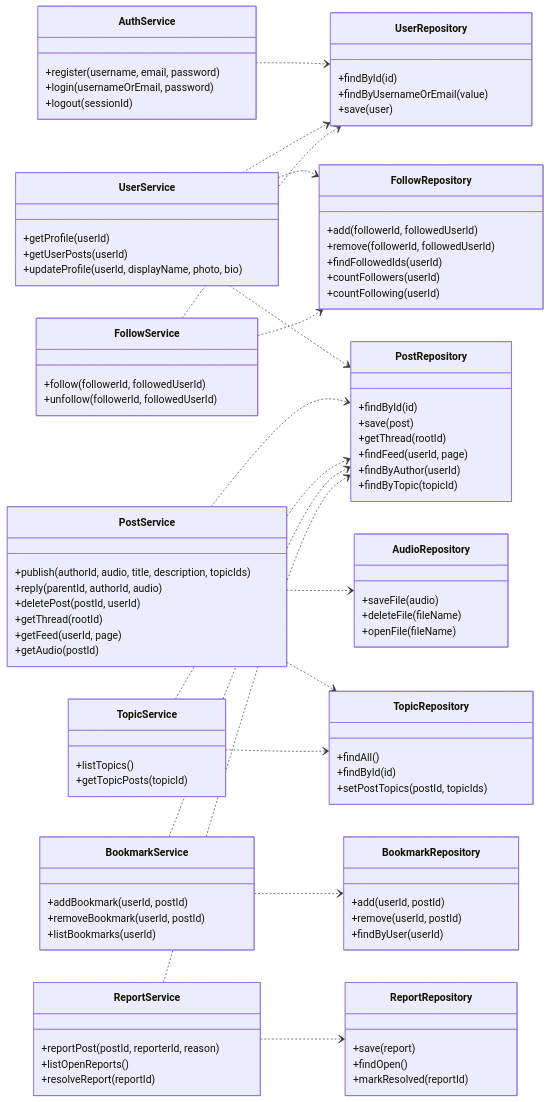
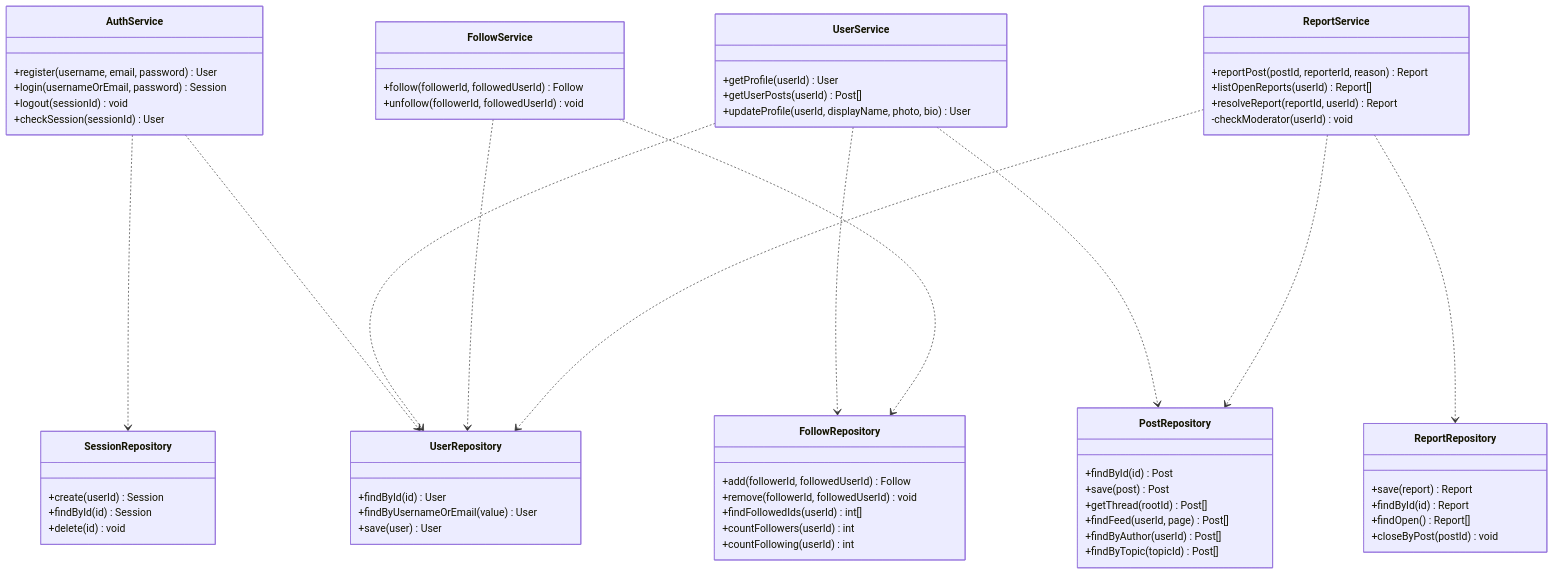
One commit to alafwaj/VoiceThread changed the third of 4 diagrams in docs/uml/class.md. Above: the diagram before and after it, drawn with Mermaid. The commit also changed other lines of this file and 1 other file, not shown here.

First line of the commit message:
docs(uml): answer the review of the class diagram

````diff
--- a/docs/uml/class.md
+++ b/docs/uml/class.md
@@ -175,110 +179,70 @@
 ```mermaid
+%%{init: {"flowchart": {"rankSpacing": 420, "nodeSpacing": 140}}}%%
 classDiagram
-    direction LR
+    direction TB
 
     class AuthService {
-        +register(username, email, password)
-        +login(usernameOrEmail, password)
-        +logout(sessionId)
+        +register(username, email, password) User
+        +login(usernameOrEmail, password) Session
+        +logout(sessionId) void
+        +checkSession(sessionId) User
+    }
+    class UserService {
+        +getProfile(userId) User
+        +getUserPosts(userId) Post[]
+        +updateProfile(userId, displayName, photo, bio) User
+    }
+    class FollowService {
+        +follow(followerId, followedUserId) Follow
+        +unfollow(followerId, followedUserId) void
+    }
+    class ReportService {
+        +reportPost(postId, reporterId, reason) Report
+        +listOpenReports(userId) Report[]
+        +resolveReport(reportId, userId) Report
+        -checkModerator(userId) void
     }
 
-    class UserService {
-        +getProfile(userId)
-        +getUserPosts(userId)
-        +updateProfile(userId, displayName, photo, bio)
+    class SessionRepository {
+        +create(userId) Session
+        +findById(id) Session
+        +delete(id) void
+    }
+    class UserRepository {
+        +findById(id) User
+        +findByUsernameOrEmail(value) User
+        +save(user) User
+    }
+    class FollowRepository {
+        +add(followerId, followedUserId) Follow
+        +remove(followerId, followedUserId) void
+        +findFollowedIds(userId) int[]
+        +countFollowers(userId) int
+        +countFollowing(userId) int
+    }
+    class ReportRepository {
+        +save(report) Report
+        +findById(id) Report
+        +findOpen() Report[]
+        +closeByPost(postId) void
+    }
+    class PostRepository {
+        +findById(id) Post
+        +save(post) Post
+        +getThread(rootId) Post[]
+        +findFeed(userId, page) Post[]
+        +findByAuthor(userId) Post[]
+        +findByTopic(topicId) Post[]
     }
 
-    class FollowService {
-        +follow(followerId, followedUserId)
-        +unfollow(followerId, followedUserId)
-    }
-
-    class PostService {
-        +publish(authorId, audio, title, description, topicIds)
-        +reply(parentId, authorId, audio)
-        +deletePost(postId, userId)
-        +getThread(rootId)
-        +getFeed(userId, page)
-        +getAudio(postId)
-    }
-
-    class TopicService {
-        +listTopics()
-        +getTopicPosts(topicId)
-    }
-
-    class BookmarkService {
-        +addBookmark(userId, postId)
-        +removeBookmark(userId, postId)
-        +listBookmarks(userId)
-    }
-
-    class ReportService {
-        +reportPost(postId, reporterId, reason)
-        +listOpenReports()
-        +resolveReport(reportId)
-    }
-
-    class UserRepository {
-        +findById(id)
-        +findByUsernameOrEmail(value)
-        +save(user)
-    }
-
-    class FollowRepository {
-        +add(followerId, followedUserId)
-        +remove(followerId, followedUserId)
-        +findFollowedIds(userId)
-        +countFollowers(userId)
-        +countFollowing(userId)
-    }
-
-    class PostRepository {
-        +findById(id)
-        +save(post)
-        +getThread(rootId)
-        +findFeed(userId, page)
-        +findByAuthor(userId)
-        +findByTopic(topicId)
-    }
-
-    class AudioRepository {
-        +saveFile(audio)
-        +deleteFile(fileName)
-        +openFile(fileName)
-    }
-
-    class TopicRepository {
-        +findAll()
-        +findById(id)
-        +setPostTopics(postId, topicIds)
-    }
-
-    class BookmarkRepository {
-        +add(userId, postId)
-        +remove(userId, postId)
-        +findByUser(userId)
-    }
-
-    class ReportRepository {
-        +save(report)
-        +findOpen()
-        +markResolved(reportId)
-    }
-
+    AuthService ..> SessionRepository
     AuthService ..> UserRepository
     UserService ..> UserRepository
     UserService ..> FollowRepository
     UserService ..> PostRepository
     FollowService ..> FollowRepository
     FollowService ..> UserRepository
-    PostService ..> PostRepository
-    PostService ..> AudioRepository
-    PostService ..> TopicRepository
-    TopicService ..> TopicRepository
-    TopicService ..> PostRepository
-    BookmarkService ..> BookmarkRepository
-    BookmarkService ..> PostRepository
     ReportService ..> ReportRepository
+    ReportService ..> UserRepository
     ReportService ..> PostRepository
 ```
````
